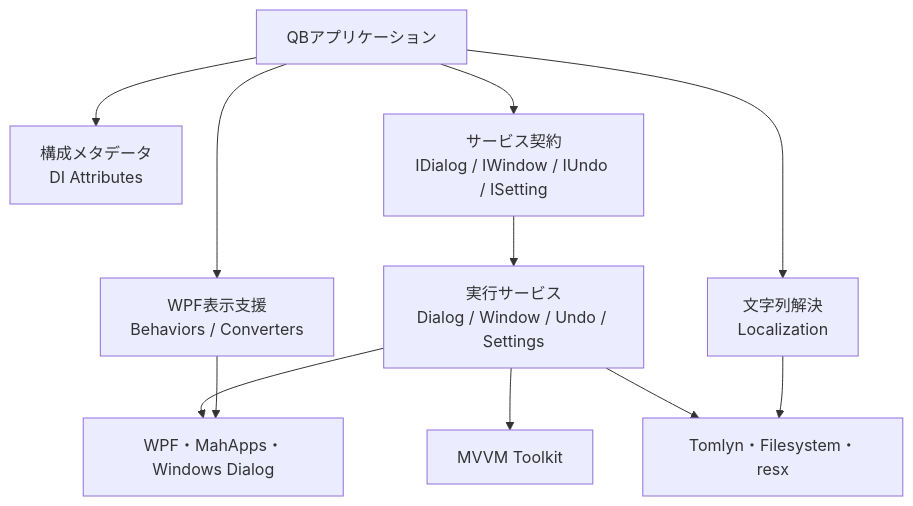
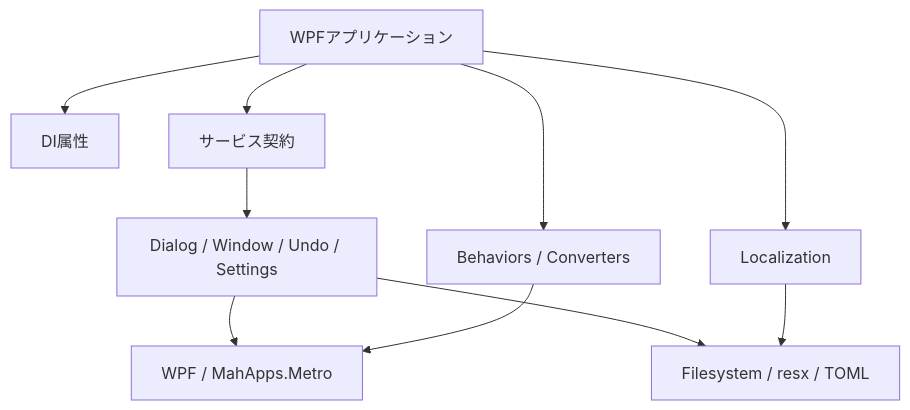
The first of 6 diagrams in docs/Architecture.md (MinMax25/libQB), drawn with Mermaid before and after one commit. The commit also changed other lines of this file and 3 other files, not shown here.

````diff
--- a/docs/Architecture.md
+++ b/docs/Architecture.md
@@ -11,23 +7,21 @@
 ```mermaid
 flowchart TB
-    Consumer[QBアプリケーション]
-    Meta[構成メタデータ<br/>DI Attributes]
-    Contracts[サービス契約<br/>IDialog / IWindow / IUndo / ISetting]
-    Services[実行サービス<br/>Dialog / Window / Undo / Settings]
-    Presentation[WPF表示支援<br/>Behaviors / Converters]
-    Localization[文字列解決<br/>Localization]
-    Platform[WPF・MahApps・Windows Dialog]
-    Toolkit[MVVM Toolkit]
-    Storage[Tomlyn・Filesystem・resx]
+    App[WPFアプリケーション]
+    Metadata[DI属性]
+    Contracts[サービス契約]
+    Services[Dialog / Window / Undo / Settings]
+    Presentation[Behaviors / Converters]
+    Localization[Localization]
+    Platform[WPF / MahApps.Metro]
+    Storage[Filesystem / resx / TOML]
 
-    Consumer --> Meta
-    Consumer --> Contracts
-    Consumer --> Presentation
-    Consumer --> Localization
+    App --> Metadata
+    App --> Contracts
+    App --> Presentation
+    App --> Localization
     Contracts --> Services
     Services --> Platform
-    Services --> Toolkit
     Services --> Storage
     Presentation --> Platform
     Localization --> Storage
 ```
````
